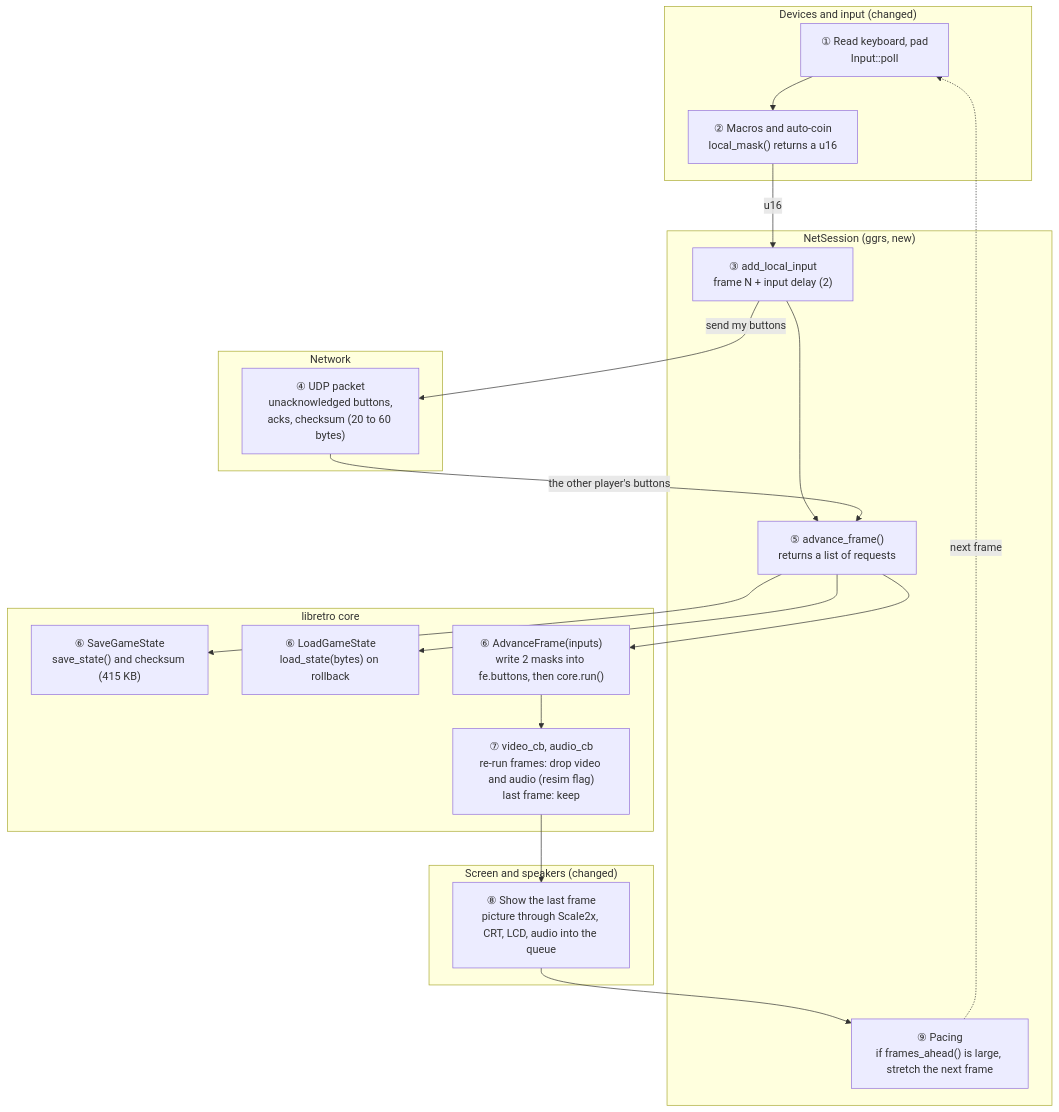
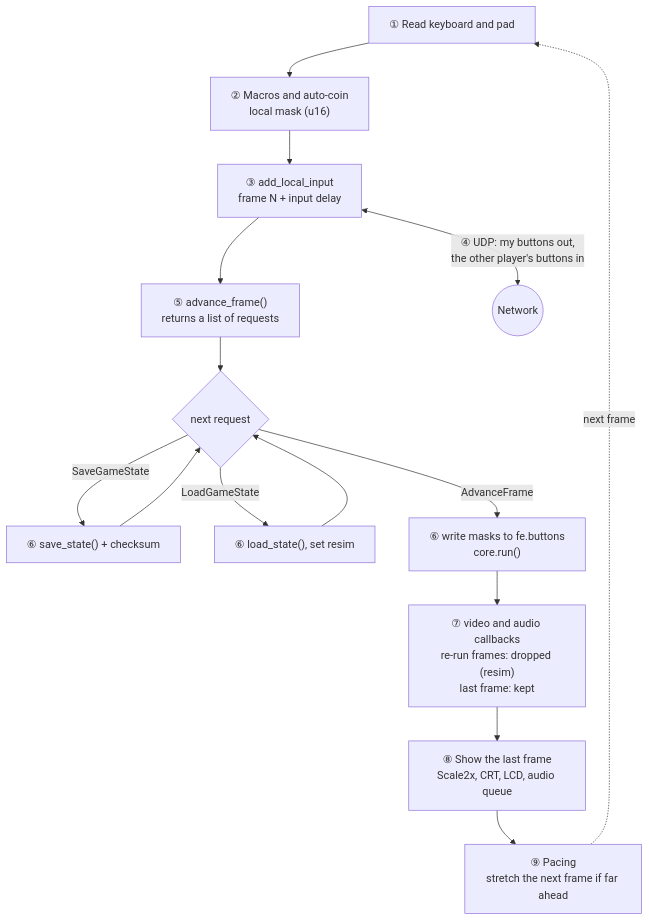
One commit to vunguyenvu35/vuretro changed the fifth of 9 diagrams in docs/NETPLAY.md. Above: the diagram before and after it, drawn with Mermaid. The commit also changed other lines of this file, not shown here.

Commit message:
Docs: redraw NETPLAY diagrams (no overlapping subgraphs, shorter labels)

````diff
--- a/docs/NETPLAY.md
+++ b/docs/NETPLAY.md
@@ -220,37 +193,17 @@
 ```mermaid
 flowchart TD
-  subgraph DEV["Devices and input (changed)"]
-    A1["① Read keyboard, pad<br/>Input::poll"]
-    A2["② Macros and auto-coin<br/>local_mask() returns a u16"]
-    A1 --> A2
-  end
-  subgraph NS["NetSession (ggrs, new)"]
-    B3["③ add_local_input<br/>frame N + input delay (2)"]
-    B5["⑤ advance_frame()<br/>returns a list of requests"]
-    B9["⑨ Pacing<br/>if frames_ahead() is large, stretch the next frame"]
-    B3 --> B5
-  end
-  subgraph NET["Network"]
-    N4["④ UDP packet<br/>unacknowledged buttons,<br/>acks, checksum (20 to 60 bytes)"]
-  end
-  subgraph CORE["libretro core"]
-    C6a["⑥ SaveGameState<br/>save_state() and checksum (415 KB)"]
-    C6b["⑥ LoadGameState<br/>load_state(bytes) on rollback"]
-    C6c["⑥ AdvanceFrame(inputs)<br/>write 2 masks into fe.buttons, then core.run()"]
-    C7["⑦ video_cb, audio_cb<br/>re-run frames: drop video and audio (resim flag)<br/>last frame: keep"]
-    C6c --> C7
-  end
-  subgraph OUT["Screen and speakers (changed)"]
-    D8["⑧ Show the last frame<br/>picture through Scale2x, CRT, LCD, audio into the queue"]
-  end
-
-  A2 -->|"u16"| B3
-  B3 -->|"send my buttons"| N4
-  N4 -->|"the other player's buttons"| B5
-  B5 --> C6a
-  B5 --> C6b
-  B5 --> C6c
-  C7 --> D8
-  D8 --> B9
-  B9 -.->|"next frame"| A1
+  A["① Read keyboard and pad"] --> B["② Macros and auto-coin<br/>local mask (u16)"]
+  B --> C["③ add_local_input<br/>frame N + input delay"]
+  C --> D["⑤ advance_frame()<br/>returns a list of requests"]
+  C <-->|"④ UDP: my buttons out,<br/>the other player's buttons in"| N(("Network"))
+  D --> E{"next request"}
+  E -->|"SaveGameState"| F["⑥ save_state() + checksum"]
+  E -->|"LoadGameState"| G["⑥ load_state(), set resim"]
+  E -->|"AdvanceFrame"| H["⑥ write masks to fe.buttons<br/>core.run()"]
+  F --> E
+  G --> E
+  H --> I["⑦ video and audio callbacks<br/>re-run frames: dropped (resim)<br/>last frame: kept"]
+  I --> J["⑧ Show the last frame<br/>Scale2x, CRT, LCD, audio queue"]
+  J --> K["⑨ Pacing<br/>stretch the next frame if far ahead"]
+  K -.->|"next frame"| A
 ```
````
